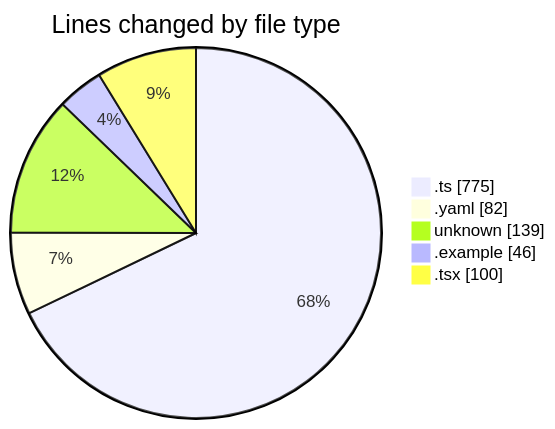
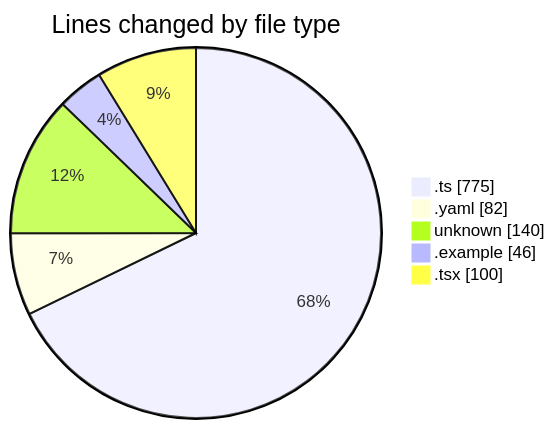
The first of 2 diagrams in 2025-10-01/open-health/README.md (mevix1/code-tracking), drawn with Mermaid before and after one commit. The commit also changed other lines of this file and 1 other file, not shown here.

````diff
--- a/2025-10-01/open-health/README.md
+++ b/2025-10-01/open-health/README.md
@@ -29,9 +29,9 @@
 ```mermaid
 pie showData
 title Lines changed by file type
 ".ts" : 775
 ".yaml" : 82
-"unknown" : 139
+"unknown" : 140
 ".example" : 46
 ".tsx" : 100
 ```
````
